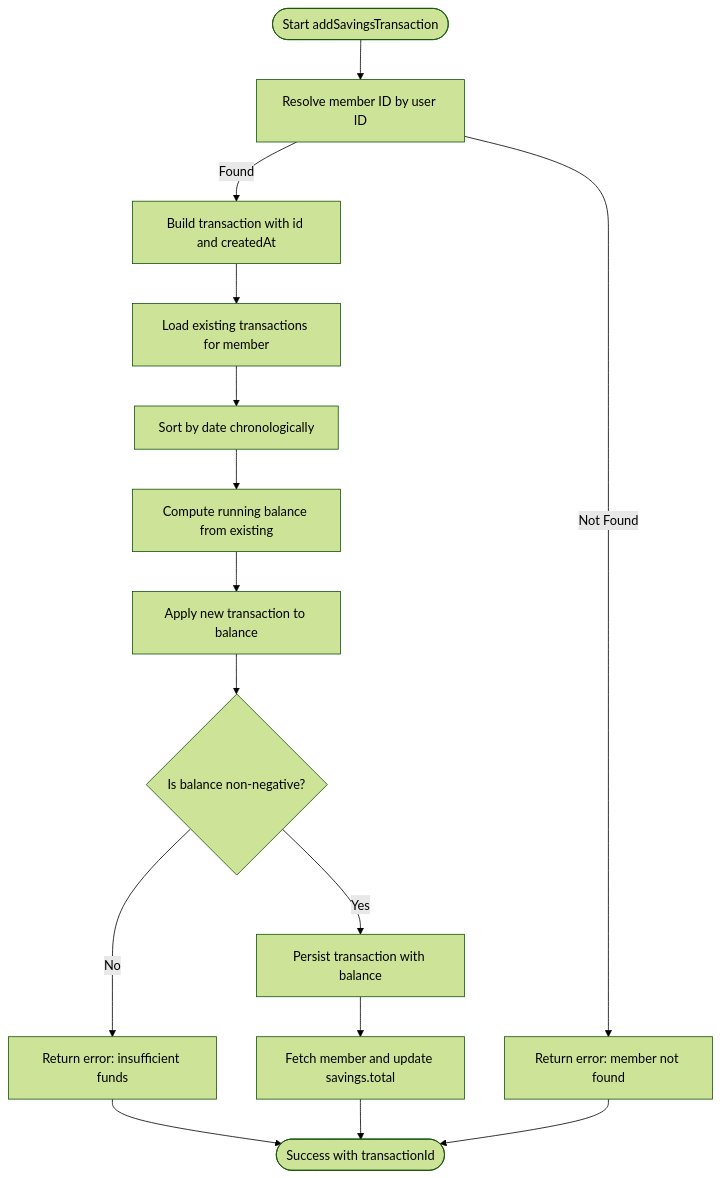
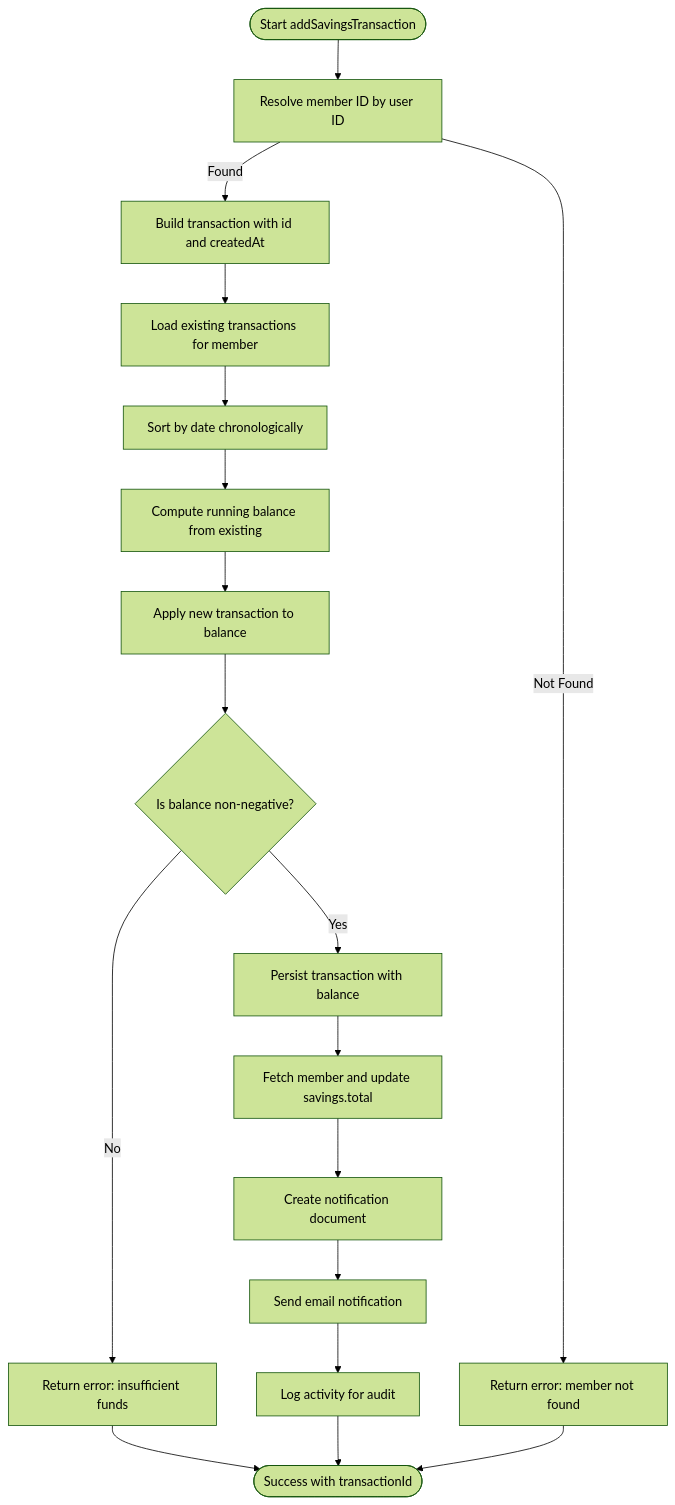
One commit to Unsure-bry/sampacoop_system changed the third of 6 diagrams in .qoder/repowiki/en/content/Savings Management System/Savings Transactions Processing.md. Above: the diagram before and after it, drawn with Mermaid (forest theme). The commit also changed other lines of this file and 12 other files, not shown here.

````diff
--- a/.qoder/repowiki/en/content/Savings Management System/Savings Transactions Processing.md
+++ b/.qoder/repowiki/en/content/Savings Management System/Savings Transactions Processing.md
@@ -129,17 +215,20 @@
 ```mermaid
 flowchart TD
 Start(["Start addSavingsTransaction"]) --> Resolve["Resolve member ID by user ID"]
 Resolve --> |Found| BuildTx["Build transaction with id and createdAt"]
 Resolve --> |Not Found| ReturnErr["Return error: member not found"]
 BuildTx --> LoadExisting["Load existing transactions for member"]
 LoadExisting --> Sort["Sort by date chronologically"]
 Sort --> Calc["Compute running balance from existing"]
 Calc --> ApplyNew["Apply new transaction to balance"]
 ApplyNew --> Check{"Is balance non-negative?"}
 Check --> |No| ReturnOver["Return error: insufficient funds"]
 Check --> |Yes| SaveTx["Persist transaction with balance"]
 SaveTx --> UpdateMember["Fetch member and update savings.total"]
-UpdateMember --> Done(["Success with transactionId"])
+UpdateMember --> CreateNotification["Create notification document"]
+CreateNotification --> SendEmail["Send email notification"]
+SendEmail --> LogActivity["Log activity for audit"]
+LogActivity --> Done(["Success with transactionId"])
 ReturnErr --> Done
 ReturnOver --> Done
 ```
````
